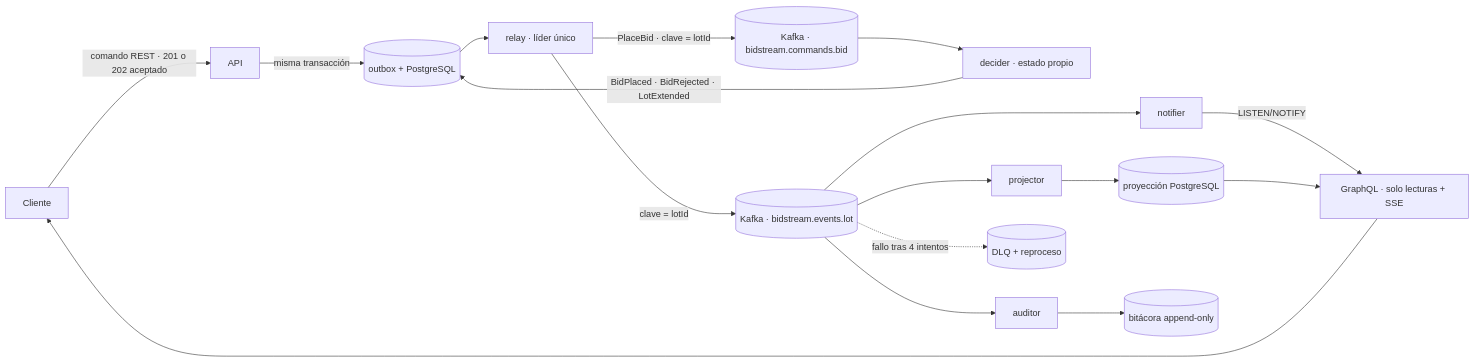
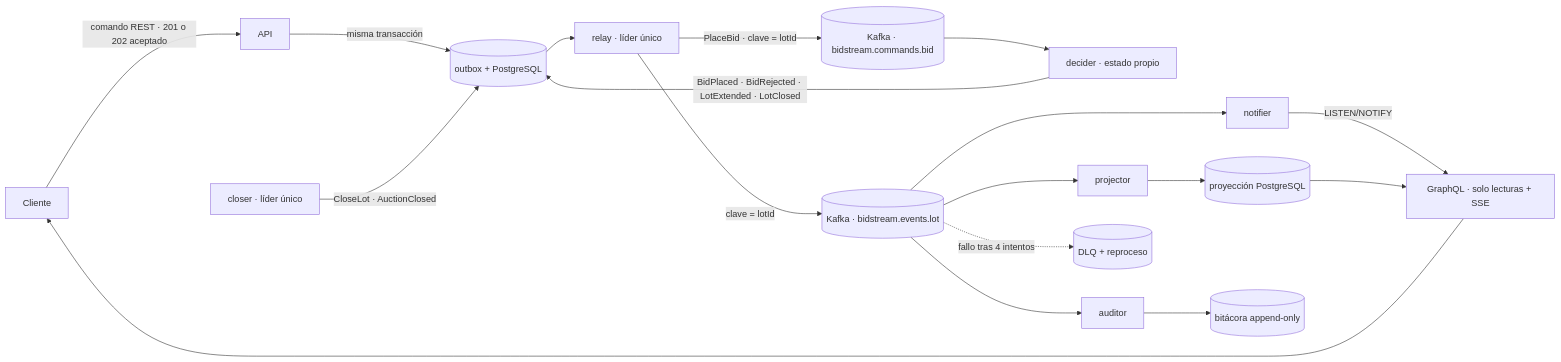
One commit to franz-yapu/bidstream changed the diagram in README.md. Above: the diagram before and after it, drawn with Mermaid. The commit also changed other lines of this file and 36 other files, not shown here.

````diff
--- a/README.md
+++ b/README.md
@@ -18,19 +18,20 @@
 ```mermaid
 flowchart LR
   C[Cliente] -->|comando REST · 201 o 202 aceptado| API
   API -->|misma transacción| OUT[(outbox + PostgreSQL)]
   OUT --> RELAY[relay · líder único]
   RELAY -->|PlaceBid · clave = lotId| KC[(Kafka · bidstream.commands.bid)]
   KC --> DEC[decider · estado propio]
-  DEC -->|BidPlaced · BidRejected · LotExtended| OUT
+  DEC -->|BidPlaced · BidRejected · LotExtended · LotClosed| OUT
+  CLOSER[closer · líder único] -->|CloseLot · AuctionClosed| OUT
   RELAY -->|clave = lotId| K[(Kafka · bidstream.events.lot)]
   K --> PROJ[projector]
   K --> NOT[notifier]
   K --> AUD[auditor]
   PROJ --> DB[(proyección PostgreSQL)]
   NOT -->|LISTEN/NOTIFY| GQL
   AUD --> LOG[(bitácora append-only)]
   DB --> GQL[GraphQL · solo lecturas + SSE]
   GQL --> C
   K -. fallo tras 4 intentos .-> DLQ[(DLQ + reproceso)]
 ```
````
